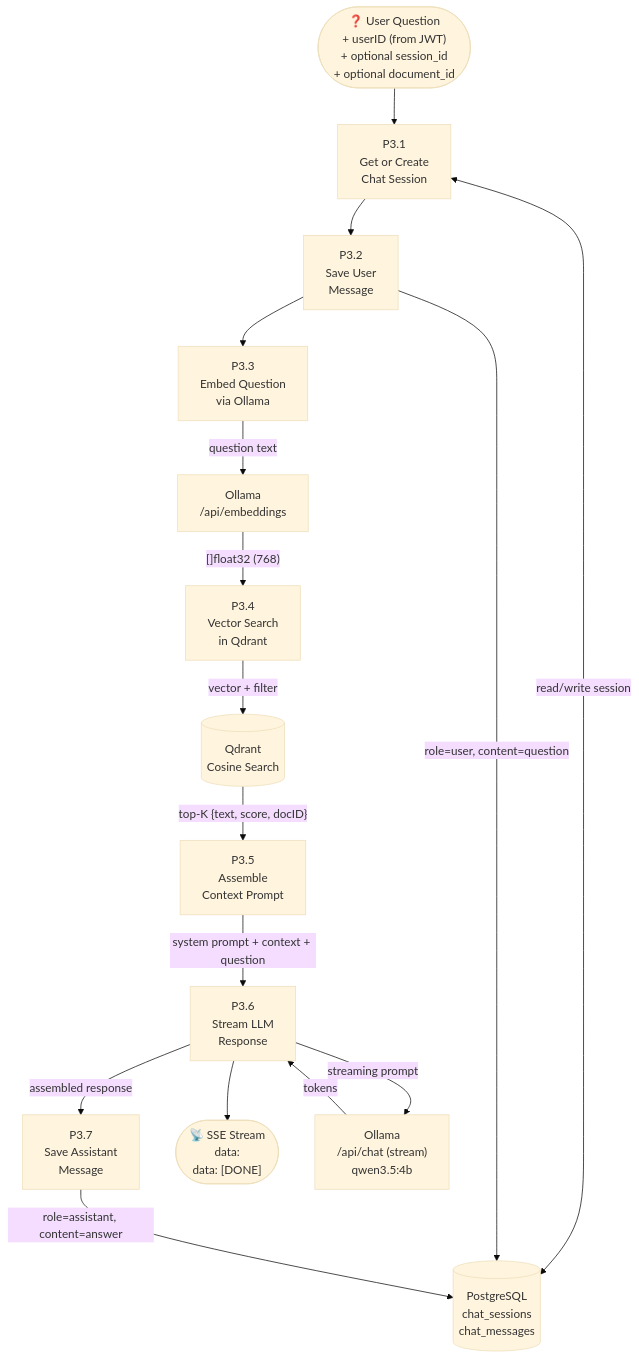
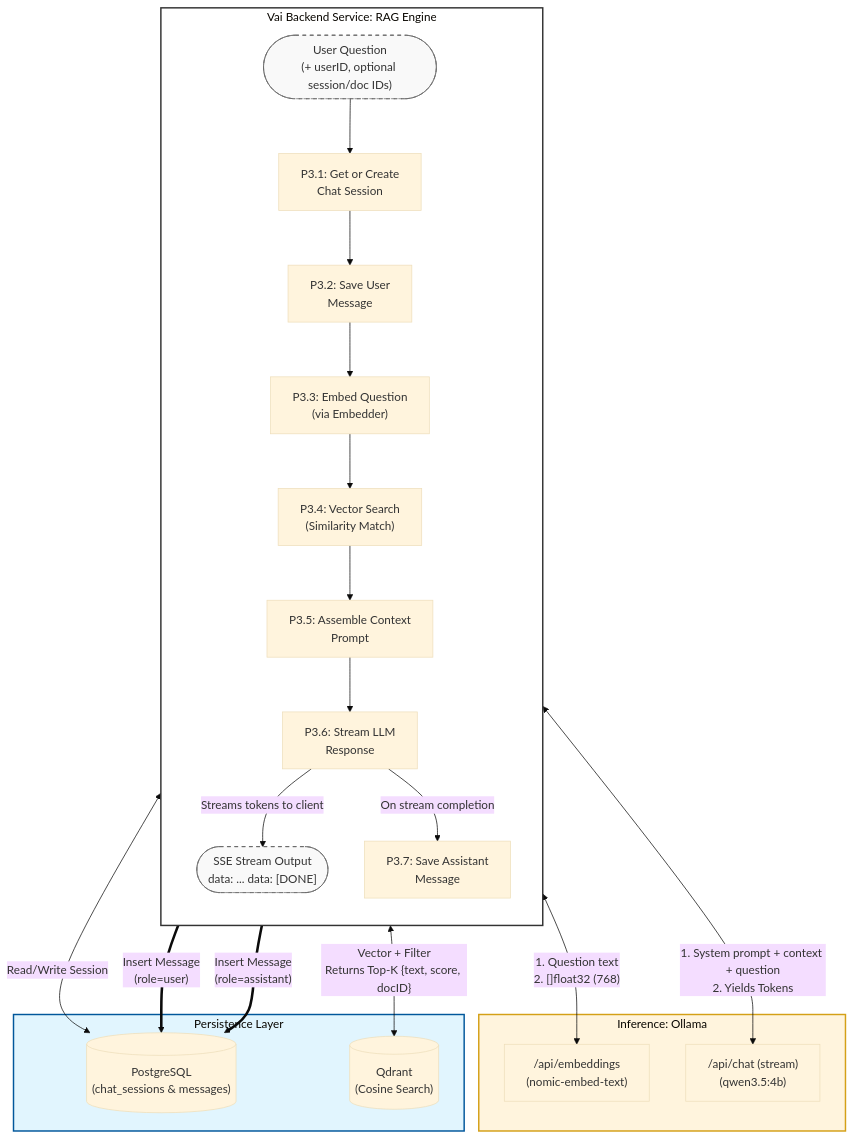
One commit to ABDELRAHMAN-ELRAYES/Vai changed the fourth of 5 diagrams in docs/diagrams/DFD.md. Above: the diagram before and after it, drawn with Mermaid (base theme). The commit also changed other lines of this file and 3 other files, not shown here.

Commit message:
Doc: Some updates on the file ingestion diagrams

````diff
--- a/docs/diagrams/DFD.md
+++ b/docs/diagrams/DFD.md
@@ -120,34 +188,58 @@
 ```mermaid
 flowchart TD
-    Start(["❓ User Question\n+ userID (from JWT)\n+ optional session_id\n+ optional document_id"])
+    %% Architecture Boundaries
+    subgraph App [Vai Backend Service: RAG Engine]
+        direction TB
+        Start(["User Question\n(+ userID, optional session/doc IDs)"])
+        
+        P3_1["P3.1: Get or Create\nChat Session"]
+        P3_2["P3.2: Save User\nMessage"]
+        P3_3["P3.3: Embed Question\n(via Embedder)"]
+        P3_4["P3.4: Vector Search\n(Similarity Match)"]
+        P3_5["P3.5: Assemble Context\nPrompt"]
+        P3_6["P3.6: Stream LLM\nResponse"]
+        P3_7["P3.7: Save Assistant\nMessage"]
+        
+        End(["SSE Stream Output\ndata: <token> ... data: [DONE]"])
+    end
 
-    P3_1["P3.1\nGet or Create\nChat Session"]
-    P3_2["P3.2\nSave User\nMessage"]
-    P3_3["P3.3\nEmbed Question\nvia Ollama"]
-    P3_4["P3.4\nVector Search\nin Qdrant"]
-    P3_5["P3.5\nAssemble\nContext Prompt"]
-    P3_6["P3.6\nStream LLM\nResponse"]
-    P3_7["P3.7\nSave Assistant\nMessage"]
-    End(["📡 SSE Stream\ndata: <token>\ndata: [DONE]"])
+    subgraph AI [Inference: Ollama]
+        OL_E["/api/embeddings\n(nomic-embed-text)"]
+        OL_C["/api/chat (stream)\n(qwen3.5:4b)"]
+    end
 
-    OL_E["Ollama\n/api/embeddings"]
-    OL_C["Ollama\n/api/chat (stream)\nqwen3.5:4b"]
-    QD[("Qdrant\nCosine Search")]
-    DB[("PostgreSQL\nchat_sessions\nchat_messages")]
+    subgraph Data [Persistence Layer]
+        DB[("PostgreSQL\n(chat_sessions & messages)")]
+        QD[("Qdrant\n(Cosine Search)")]
+    end
 
+    %% --- CONTROL FLOW (Go Execution Sequence) ---
     Start --> P3_1
-    P3_1 <-->|"read/write session"| DB
     P3_1 --> P3_2
-    P3_2 -->|"role=user, content=question"| DB
     P3_2 --> P3_3
-    P3_3 -->|"question text"| OL_E
-    OL_E -->|"[]float32 (768)"| P3_4
-    P3_4 -->|"vector + filter"| QD
-    QD -->|"top-K {text, score, docID}"| P3_5
-    P3_5 -->|"system prompt + context + question"| P3_6
-    P3_6 -->|"streaming prompt"| OL_C
-    OL_C -->|"tokens"| P3_6
-    P3_6 --> End
-    P3_6 -->|"assembled response"| P3_7
-    P3_7 -->|"role=assistant, content=answer"| DB
+    P3_3 --> P3_4
+    P3_4 --> P3_5
+    P3_5 --> P3_6
+    P3_6 -->|"Streams tokens to client"| End
+    P3_6 -->|"On stream completion"| P3_7
+
+    %% --- DATA & IO FLOW (Interactions with external systems) ---
+    P3_1 <-->|"Read/Write Session"| DB
+    P3_2 ==>|"Insert Message\n(role=user)"| DB
+    
+    P3_3 <-->|"1. Question text\n2. []float32 (768)"| OL_E
+    P3_4 <-->|"Vector + Filter\nReturns Top-K {text, score, docID}"| QD
+    
+    P3_6 <-->|"1. System prompt + context + question\n2. Yields Tokens"| OL_C
+    
+    P3_7 ==>|"Insert Message\n(role=assistant)"| DB
+
+    %% --- STYLING ---
+    style App fill:#ffffff,stroke:#333,stroke-width:2px
+    style AI fill:#fff4dd,stroke:#d4a017,stroke-width:2px
+    style Data fill:#e1f5fe,stroke:#01579b,stroke-width:2px
+    
+    %% Subtle styling for entry/exit nodes
+    classDef io fill:#f9f9f9,stroke:#666,stroke-width:1px,stroke-dasharray: 5 5
+    class Start,End io
 ```
````
